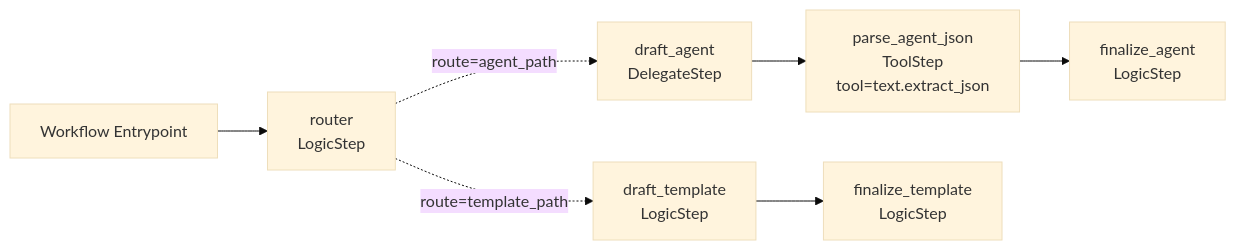
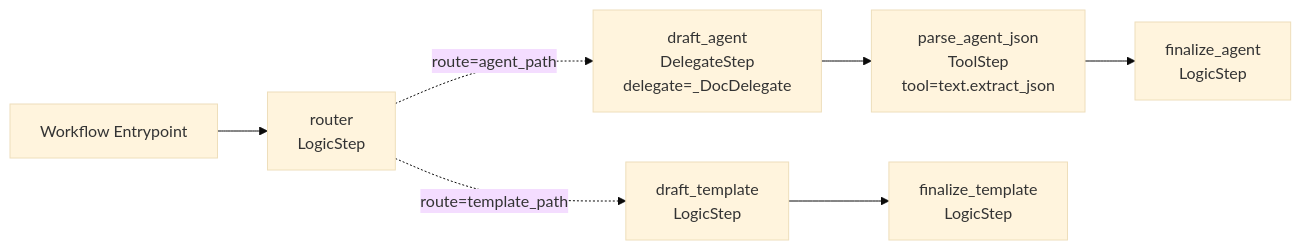
One commit to cmudrc/design-research-agents changed the diagram in docs/examples/workflow/workflow_prompt_mode.rst. Above: the diagram before and after it, drawn with Mermaid (base theme). The commit also changed 7 other files, not shown here.

Commit message:
Render nested delegate workflows in diagrams

```diff
--- a/docs/examples/workflow/workflow_prompt_mode.rst
+++ b/docs/examples/workflow/workflow_prompt_mode.rst
@@ -23,16 +23,16 @@
 .. mermaid::
 
    flowchart LR
        workflow_entry["Workflow Entrypoint"]
        step_1["router<br/>LogicStep"]
-       step_2["draft_agent<br/>DelegateStep"]
+       step_2["draft_agent<br/>DelegateStep<br/>delegate=_DocDelegate"]
        step_3["parse_agent_json<br/>ToolStep<br/>tool=text.extract_json"]
        step_4["finalize_agent<br/>LogicStep"]
        step_5["draft_template<br/>LogicStep"]
        step_6["finalize_template<br/>LogicStep"]
        workflow_entry --> step_1
        step_1 -. "route=agent_path" .-> step_2
        step_1 -. "route=template_path" .-> step_5
        step_2 --> step_3
        step_3 --> step_4
        step_5 --> step_6
```
